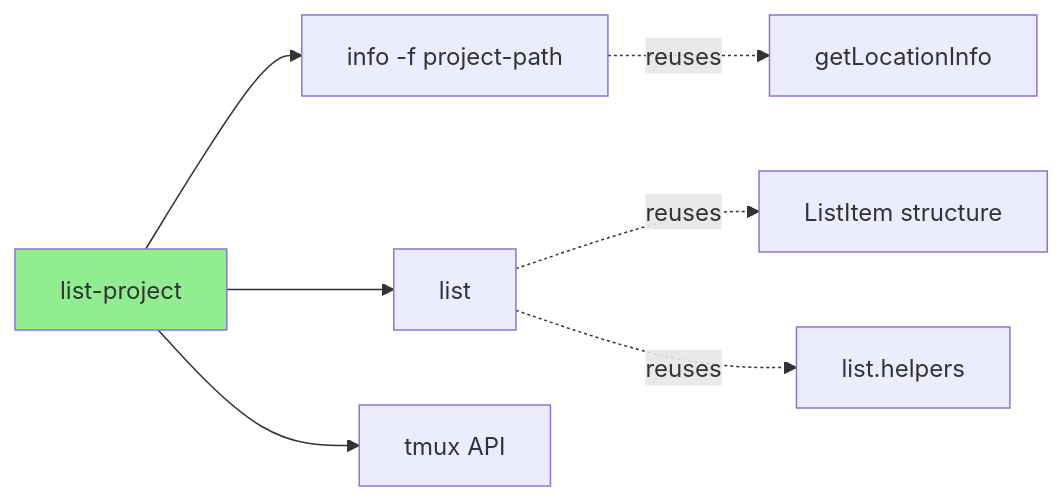
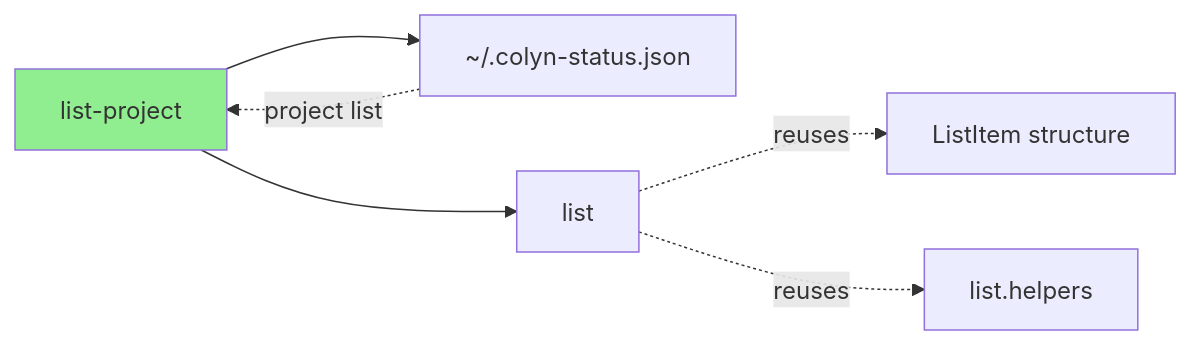
The diagram in docs/en/develop/design/commands/design-list-project-command.md (colin-han/colyn), drawn with Mermaid before and after one commit. The commit also changed other lines of this file and 7 other files, not shown here.

Commit message:
feat: 更新lsp命令，使用新的.colyn-status.json文件获取project列表

````diff
--- a/docs/en/develop/design/commands/design-list-project-command.md
+++ b/docs/en/develop/design/commands/design-list-project-command.md
@@ -421,12 +409,10 @@
 ```mermaid
 graph LR
-    ListProject[list-project] --> Info[info -f project-path]
+    ListProject[list-project] --> StatusIndex[~/.colyn-status.json]
     ListProject --> List[list]
-    ListProject --> Tmux[tmux API]
-
-    Info -.->|reuses| LocationInfo[getLocationInfo]
+    StatusIndex -.->|project list| ListProject
     List -.->|reuses| ListItem[ListItem structure]
     List -.->|reuses| Helpers[list.helpers]
 
     style ListProject fill:#90EE90
 ```
````
